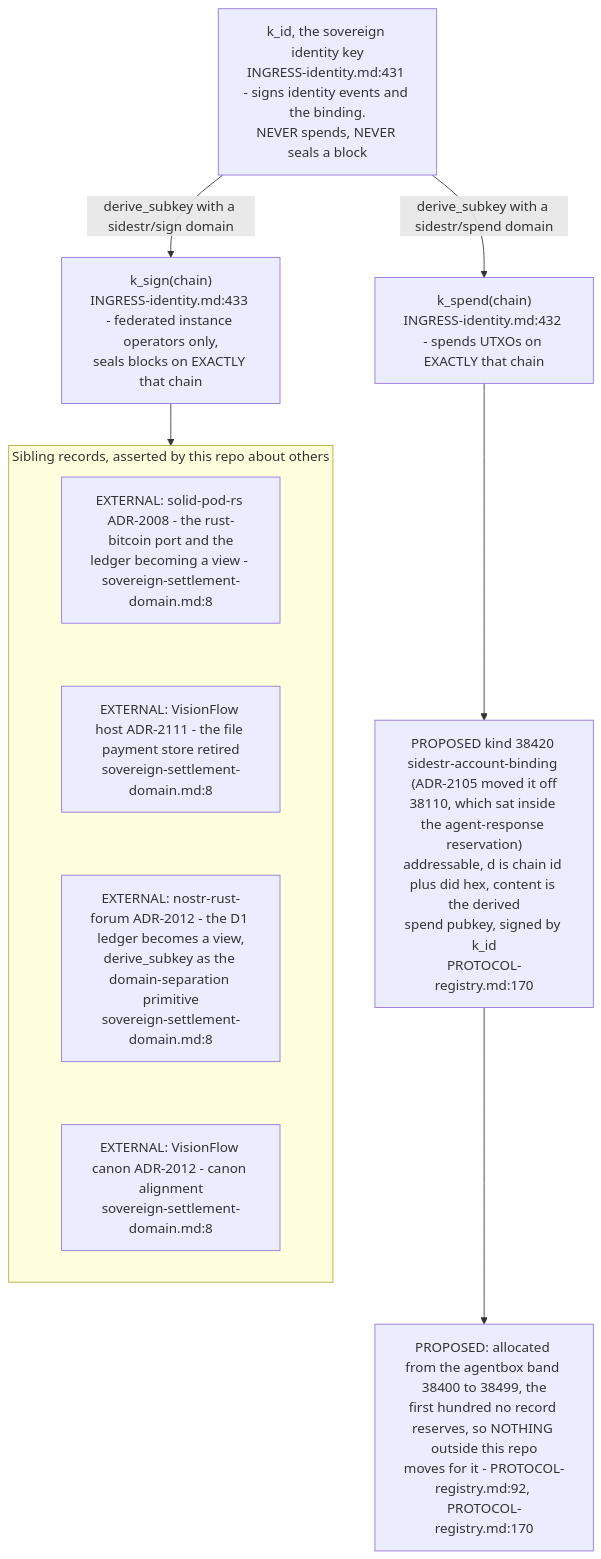
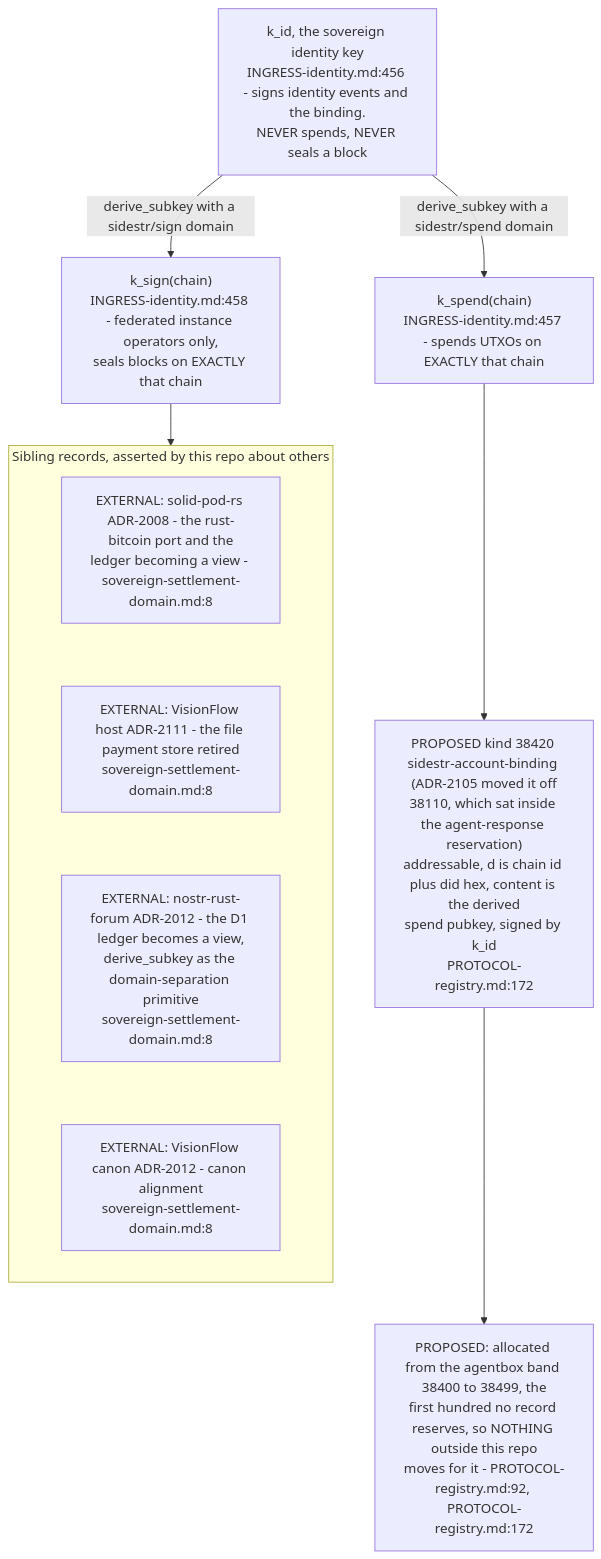
Before and after one commit to DreamLab-AI/VisionFlow: the fifth of 7 diagrams in docs/diagrams/agentbox/31-sovereign-settlement.md, drawn with Mermaid. The commit also changed other lines of this file and 111 other files, not shown here.

Commit message:
docs(diagrams): align estate maps with current source

````diff
--- a/docs/diagrams/agentbox/31-sovereign-settlement.md
+++ b/docs/diagrams/agentbox/31-sovereign-settlement.md
@@ -188,17 +188,17 @@
 ```mermaid
 flowchart TB
-    KID["k_id, the sovereign identity key<br/>INGRESS-identity.md:431 - signs identity events and the binding.<br/>NEVER spends, NEVER seals a block"]
-    KID -->|"derive_subkey with a sidestr/spend domain"| KSP["k_spend(chain)<br/>INGRESS-identity.md:432 - spends UTXOs on EXACTLY that chain"]
-    KID -->|"derive_subkey with a sidestr/sign domain"| KSG["k_sign(chain)<br/>INGRESS-identity.md:433 - federated instance operators only,<br/>seals blocks on EXACTLY that chain"]
-    KSP --> BIND["PROPOSED kind 38420 sidestr-account-binding (ADR-2105 moved it off<br/>38110, which sat inside the agent-response reservation)<br/>addressable, d is chain id plus did hex, content is the derived<br/>spend pubkey, signed by k_id<br/>PROTOCOL-registry.md:170"]
-    BIND --> REG["PROPOSED: allocated from the agentbox band 38400 to 38499, the<br/>first hundred no record reserves, so NOTHING outside this repo<br/>moves for it - PROTOCOL-registry.md:92, PROTOCOL-registry.md:170"]
+    KID["k_id, the sovereign identity key<br/>INGRESS-identity.md:456 - signs identity events and the binding.<br/>NEVER spends, NEVER seals a block"]
+    KID -->|"derive_subkey with a sidestr/spend domain"| KSP["k_spend(chain)<br/>INGRESS-identity.md:457 - spends UTXOs on EXACTLY that chain"]
+    KID -->|"derive_subkey with a sidestr/sign domain"| KSG["k_sign(chain)<br/>INGRESS-identity.md:458 - federated instance operators only,<br/>seals blocks on EXACTLY that chain"]
+    KSP --> BIND["PROPOSED kind 38420 sidestr-account-binding (ADR-2105 moved it off<br/>38110, which sat inside the agent-response reservation)<br/>addressable, d is chain id plus did hex, content is the derived<br/>spend pubkey, signed by k_id<br/>PROTOCOL-registry.md:172"]
+    BIND --> REG["PROPOSED: allocated from the agentbox band 38400 to 38499, the<br/>first hundred no record reserves, so NOTHING outside this repo<br/>moves for it - PROTOCOL-registry.md:92, PROTOCOL-registry.md:172"]
     subgraph external["Sibling records, asserted by this repo about others"]
         direction TB
         E1["EXTERNAL: solid-pod-rs ADR-2008 - the rust-bitcoin port and the<br/>ledger becoming a view - sovereign-settlement-domain.md:8"]
         E2["EXTERNAL: VisionFlow host ADR-2111 - the file payment store retired<br/>sovereign-settlement-domain.md:8"]
         E3["EXTERNAL: nostr-rust-forum ADR-2012 - the D1 ledger becomes a view,<br/>derive_subkey as the domain-separation primitive<br/>sovereign-settlement-domain.md:8"]
         E4["EXTERNAL: VisionFlow canon ADR-2012 - canon alignment<br/>sovereign-settlement-domain.md:8"]
         E1 ~~~ E2 ~~~ E3 ~~~ E4
     end
     KSG --> external
 ```
````
